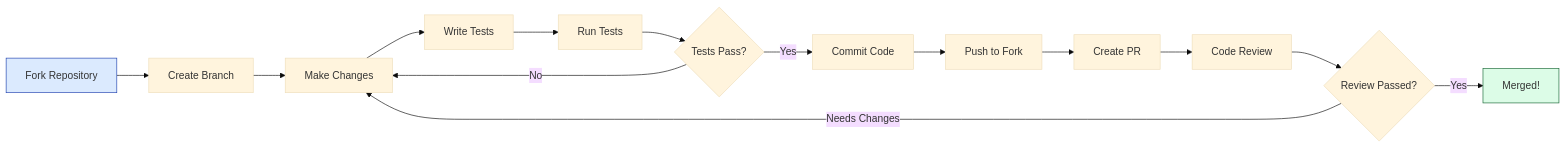
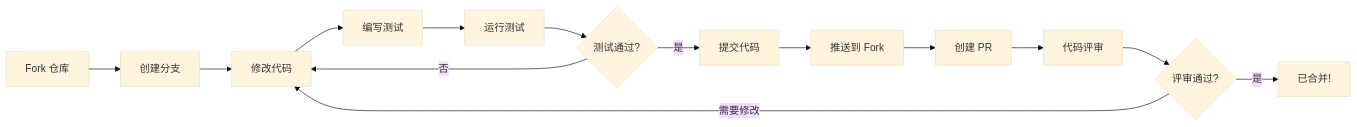
One commit to Kirky-X/confers changed the first of 2 diagrams in docs/CONTRIBUTING.md. Above: the diagram before and after it, drawn with Mermaid (base theme). The commit also changed other lines of this file and 15 other files, not shown here.

Commit message:
docs: 文档结构重组(image→assets 统一 assets/ 目录) + 新增 ARCHITECTURE + 内容同步

````diff
--- a/docs/CONTRIBUTING.md
+++ b/docs/CONTRIBUTING.md
@@ -247,19 +166,16 @@
 ```mermaid
 graph LR
-    A[Fork Repository] --> B[Create Branch]
-    B --> C[Make Changes]
-    C --> D[Write Tests]
-    D --> E[Run Tests]
-    E --> F{Tests Pass?}
-    F -->|No| C
-    F -->|Yes| G[Commit Code]
-    G --> H[Push to Fork]
-    H --> I[Create PR]
-    I --> J[Code Review]
-    J --> K{Review Passed?}
-    K -->|Needs Changes| C
-    K -->|Yes| L[Merged!]
-
-    style A fill:#DBEAFE,stroke:#1E40AF
-    style L fill:#DCFCE7,stroke:#166534
+    A[Fork 仓库] --> B[创建分支]
+    B --> C[修改代码]
+    C --> D[编写测试]
+    D --> E[运行测试]
+    E --> F{测试通过?}
+    F -->|否| C
+    F -->|是| G[提交代码]
+    G --> H[推送到 Fork]
+    H --> I[创建 PR]
+    I --> J[代码评审]
+    J --> K{评审通过?}
+    K -->|需要修改| C
+    K -->|是| L[已合并!]
 ```
````
